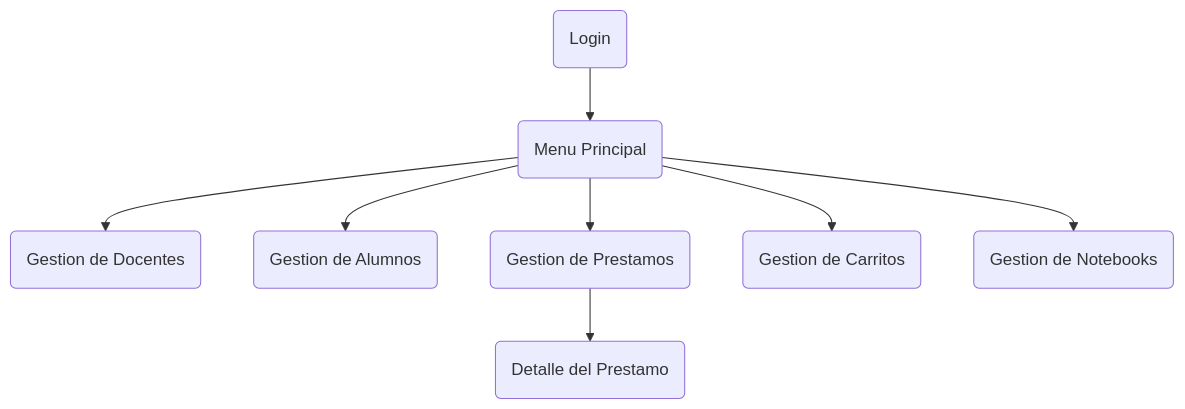
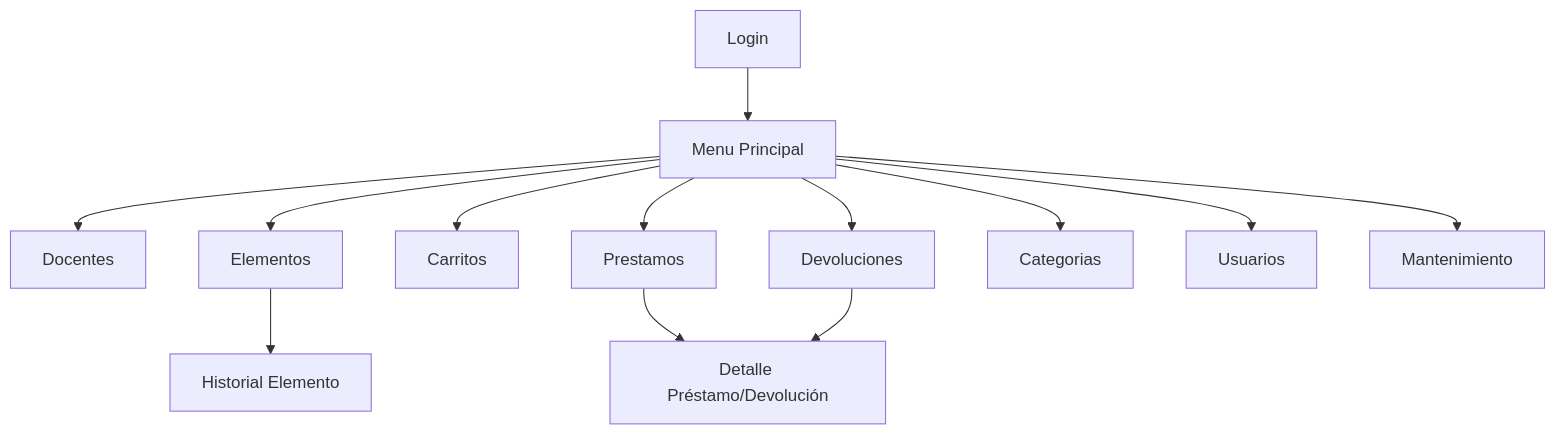
One commit to Misael-jk/Aula_Digital changed the diagram in Document/NavegationDiagram.md. Above: the diagram before and after it, drawn with Mermaid. The commit also changed 1 other file, not shown here.

Commit message:
Update NavegationDiagram

````diff
--- a/Document/NavegationDiagram.md
+++ b/Document/NavegationDiagram.md
@@ -1,22 +1,20 @@
 ```mermaid
 
-graph TD
-    Login(Login)
-    Menu(Menu Principal)
-    GestionDocentes(Gestion de Docentes)
-    GestionAlumnos(Gestion de Alumnos)
-    Prestamos(Gestion de Prestamos)
-    DetallePrestamo(Detalle del Prestamo)
-    Carritos(Gestion de Carritos)
-    Notebooks(Gestion de Notebooks)
+flowchart TD
+    Login[Login] --> Menu[Menu Principal]
 
-    Login --> Menu
-    Menu --> GestionDocentes
-    Menu --> GestionAlumnos
-    Menu --> Prestamos
-    Prestamos --> DetallePrestamo
-    Menu --> Carritos
-    Menu --> Notebooks
+    Menu --> Docentes[Docentes]
+    Menu --> Elementos[Elementos]
+    Menu --> Carritos[Carritos]
+    Menu --> Prestamos[Prestamos]
+    Menu --> Devoluciones[Devoluciones]
+    Menu --> Categorias[Categorias]
+    Menu --> Usuarios[Usuarios]
+    Menu --> Mantenimiento[Mantenimiento]
 
+    Elementos --> HistorialElemento[Historial Elemento]
+
+    Prestamos --> DetallePrestamoDevolucion[Detalle Préstamo/Devolución]
+    Devoluciones --> DetallePrestamoDevolucion
 
 ```
````
